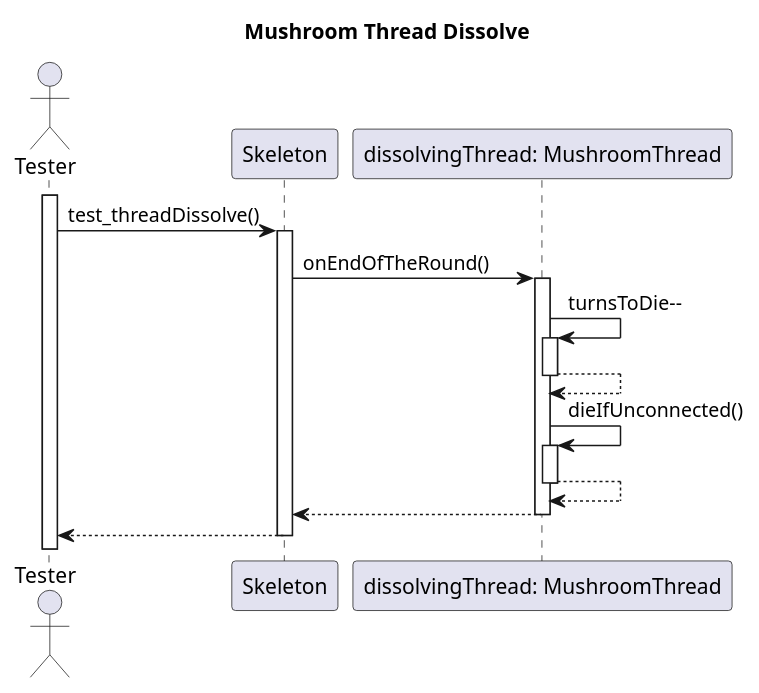
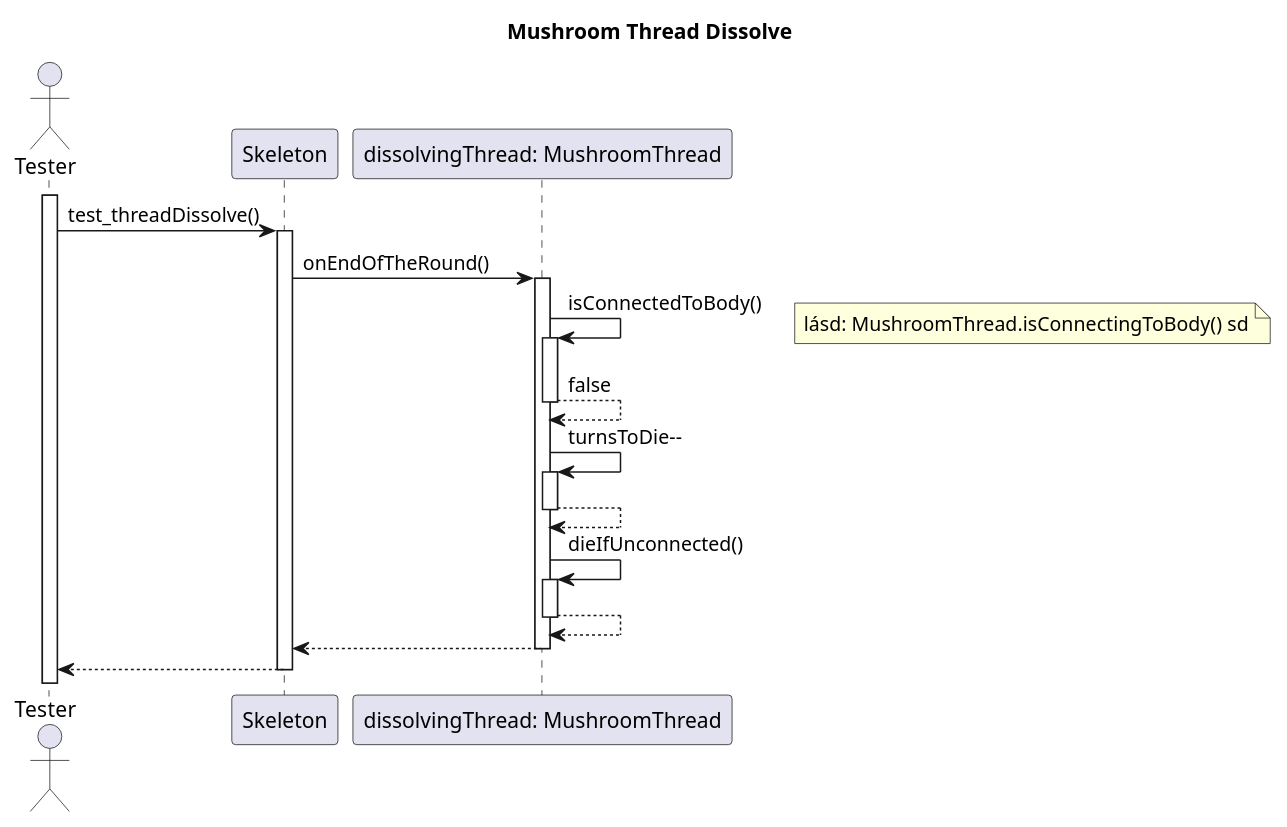
Before and after one commit to dzsem/projlab: the diagram in diagrams/test-sequence/mushroom/mushroomThreadDissolve.wsd, drawn with PlantUML. The commit also changed 1 other file, not shown here.

Commit message:
Added isConnectingToBody check to mushroomThreadDie and ...Dissolve test sequences

```diff
--- a/diagrams/test-sequence/mushroom/mushroomThreadDissolve.wsd
+++ b/diagrams/test-sequence/mushroom/mushroomThreadDissolve.wsd
@@ -1,35 +1,41 @@
 @startuml Mushroom Thread Dissolve
 
 title Mushroom Thread Dissolve
 
 actor "Tester" as tester
 participant "Skeleton" as skeleton
 
 participant "dissolvingThread: MushroomThread" as dimt
 
 activate tester 
 
 tester -> skeleton: test_threadDissolve()
 activate skeleton
 
 skeleton -> dimt: onEndOfTheRound()
 activate dimt
+
+dimt -> dimt: isConnectedToBody()
+activate dimt
+note right: lásd: MushroomThread.isConnectingToBody() sd 
+dimt --> dimt: false
+deactivate dimt
 
 dimt -> dimt: turnsToDie--
 activate dimt
 dimt --> dimt
 deactivate dimt
 
 dimt -> dimt: dieIfUnconnected()
 activate dimt
 dimt --> dimt
 deactivate dimt
 
 dimt --> skeleton
 deactivate dimt
 
 skeleton --> tester
 deactivate skeleton
 
 
 @enduml
```
